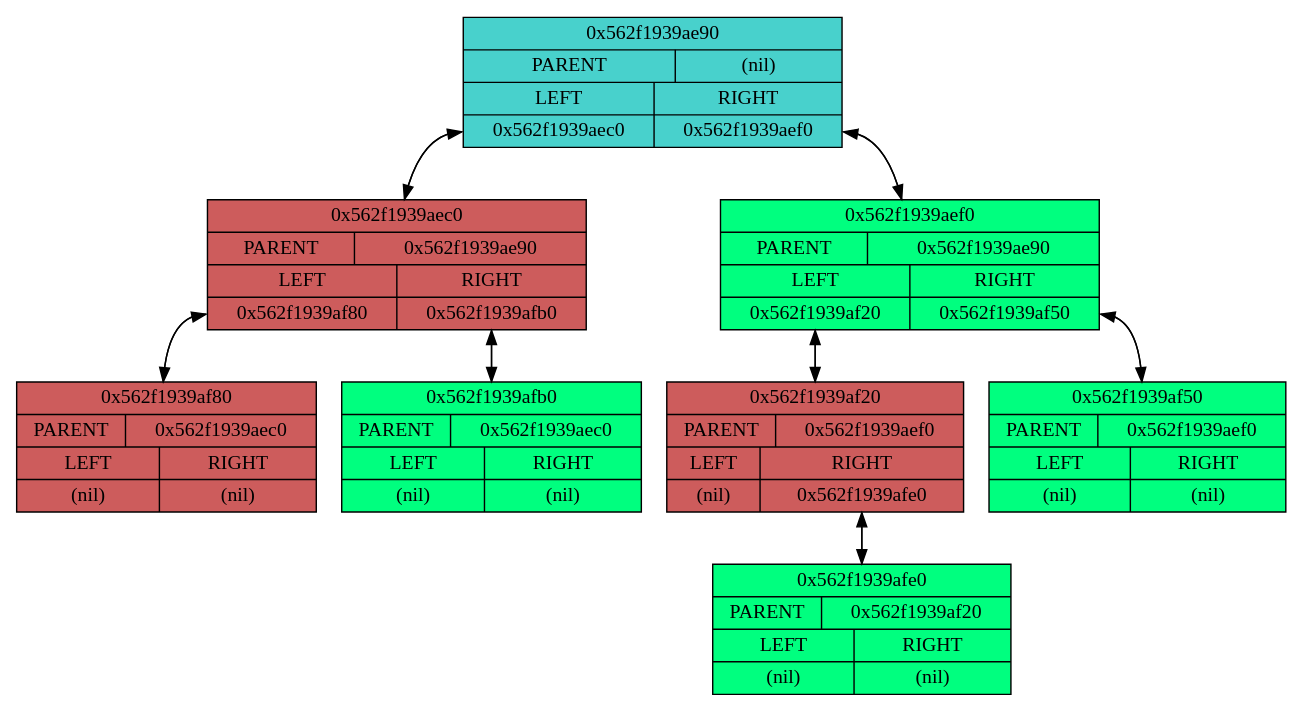
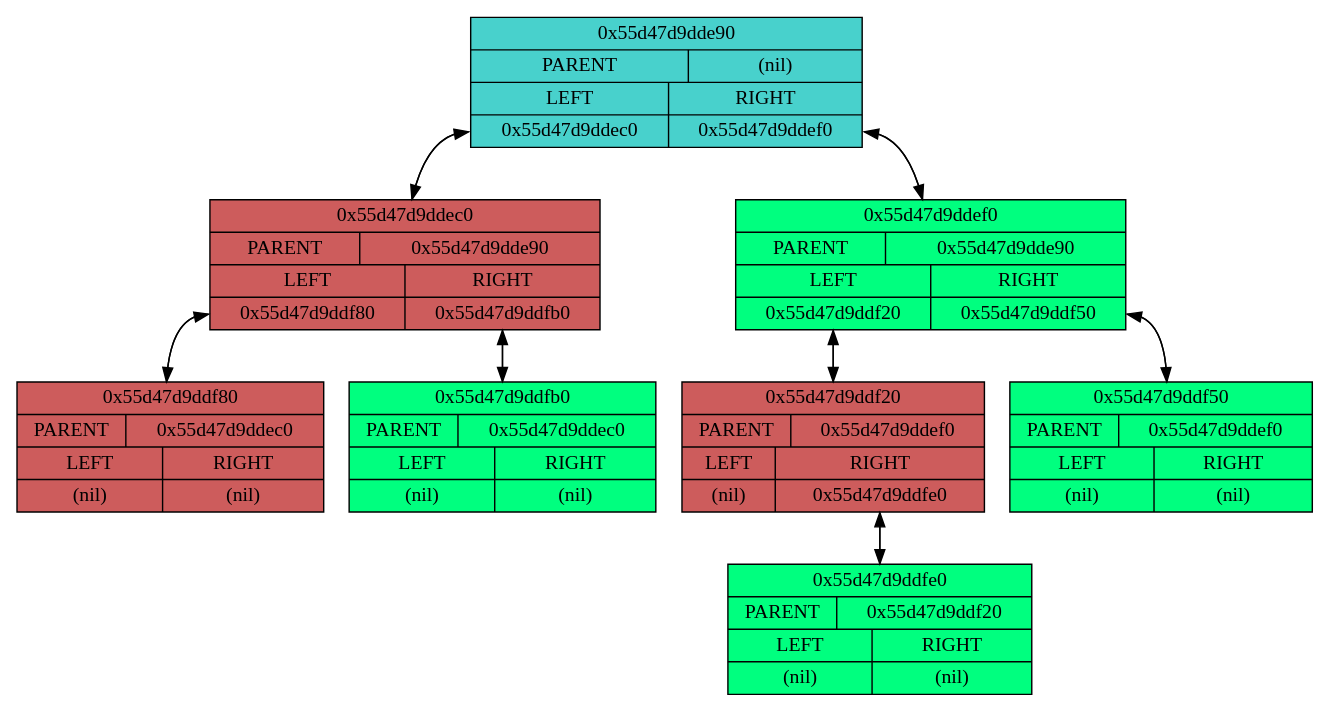
Before and after one commit to AlgebraicWolf/Tree: the diagram in cmake-build-debug/testDump.dot, drawn with Graphviz. The commit also changed 2 other files, not shown here.

```diff
--- a/cmake-build-debug/testDump.dot
+++ b/cmake-build-debug/testDump.dot
@@ -1,25 +1,25 @@
 digraph {
 concentrate=true
-node0x562f1939ae90[shape=record, label="{0x562f1939ae90 | {PARENT|(nil)} | {{LEFT |<left> 0x562f1939aec0} | {RIGHT |<right> 0x562f1939aef0}}}", style=filled, fillcolor=mediumturquoise];
-node0x562f1939aec0[shape=record, label="{0x562f1939aec0 | {PARENT|0x562f1939ae90} | {{LEFT |<left> 0x562f1939af80} | {RIGHT |<right> 0x562f1939afb0}}}", style=filled, fillcolor=indianred];
-node0x562f1939aec0 -> node0x562f1939ae90:left;
-node0x562f1939ae90:left -> node0x562f1939aec0;
-node0x562f1939af80[shape=record, label="{0x562f1939af80 | {PARENT|0x562f1939aec0} | {{LEFT |<left> (nil)} | {RIGHT |<right> (nil)}}}", style=filled, fillcolor=indianred];
-node0x562f1939af80 -> node0x562f1939aec0:left;
-node0x562f1939aec0:left -> node0x562f1939af80;
-node0x562f1939afb0[shape=record, label="{0x562f1939afb0 | {PARENT|0x562f1939aec0} | {{LEFT |<left> (nil)} | {RIGHT |<right> (nil)}}}", style=filled, fillcolor=springgreen];
-node0x562f1939afb0 -> node0x562f1939aec0:right;
-node0x562f1939aec0:right -> node0x562f1939afb0;
-node0x562f1939aef0[shape=record, label="{0x562f1939aef0 | {PARENT|0x562f1939ae90} | {{LEFT |<left> 0x562f1939af20} | {RIGHT |<right> 0x562f1939af50}}}", style=filled, fillcolor=springgreen];
-node0x562f1939aef0 -> node0x562f1939ae90:right;
-node0x562f1939ae90:right -> node0x562f1939aef0;
-node0x562f1939af20[shape=record, label="{0x562f1939af20 | {PARENT|0x562f1939aef0} | {{LEFT |<left> (nil)} | {RIGHT |<right> 0x562f1939afe0}}}", style=filled, fillcolor=indianred];
-node0x562f1939af20 -> node0x562f1939aef0:left;
-node0x562f1939aef0:left -> node0x562f1939af20;
-node0x562f1939afe0[shape=record, label="{0x562f1939afe0 | {PARENT|0x562f1939af20} | {{LEFT |<left> (nil)} | {RIGHT |<right> (nil)}}}", style=filled, fillcolor=springgreen];
-node0x562f1939afe0 -> node0x562f1939af20:right;
-node0x562f1939af20:right -> node0x562f1939afe0;
-node0x562f1939af50[shape=record, label="{0x562f1939af50 | {PARENT|0x562f1939aef0} | {{LEFT |<left> (nil)} | {RIGHT |<right> (nil)}}}", style=filled, fillcolor=springgreen];
-node0x562f1939af50 -> node0x562f1939aef0:right;
-node0x562f1939aef0:right -> node0x562f1939af50;
+node0x55d47d9dde90[shape=record, label="{0x55d47d9dde90 | {PARENT|(nil)} | {{LEFT |<left> 0x55d47d9ddec0} | {RIGHT |<right> 0x55d47d9ddef0}}}", style=filled, fillcolor=mediumturquoise];
+node0x55d47d9ddec0[shape=record, label="{0x55d47d9ddec0 | {PARENT|0x55d47d9dde90} | {{LEFT |<left> 0x55d47d9ddf80} | {RIGHT |<right> 0x55d47d9ddfb0}}}", style=filled, fillcolor=indianred];
+node0x55d47d9ddec0 -> node0x55d47d9dde90:left;
+node0x55d47d9dde90:left -> node0x55d47d9ddec0;
+node0x55d47d9ddf80[shape=record, label="{0x55d47d9ddf80 | {PARENT|0x55d47d9ddec0} | {{LEFT |<left> (nil)} | {RIGHT |<right> (nil)}}}", style=filled, fillcolor=indianred];
+node0x55d47d9ddf80 -> node0x55d47d9ddec0:left;
+node0x55d47d9ddec0:left -> node0x55d47d9ddf80;
+node0x55d47d9ddfb0[shape=record, label="{0x55d47d9ddfb0 | {PARENT|0x55d47d9ddec0} | {{LEFT |<left> (nil)} | {RIGHT |<right> (nil)}}}", style=filled, fillcolor=springgreen];
+node0x55d47d9ddfb0 -> node0x55d47d9ddec0:right;
+node0x55d47d9ddec0:right -> node0x55d47d9ddfb0;
+node0x55d47d9ddef0[shape=record, label="{0x55d47d9ddef0 | {PARENT|0x55d47d9dde90} | {{LEFT |<left> 0x55d47d9ddf20} | {RIGHT |<right> 0x55d47d9ddf50}}}", style=filled, fillcolor=springgreen];
+node0x55d47d9ddef0 -> node0x55d47d9dde90:right;
+node0x55d47d9dde90:right -> node0x55d47d9ddef0;
+node0x55d47d9ddf20[shape=record, label="{0x55d47d9ddf20 | {PARENT|0x55d47d9ddef0} | {{LEFT |<left> (nil)} | {RIGHT |<right> 0x55d47d9ddfe0}}}", style=filled, fillcolor=indianred];
+node0x55d47d9ddf20 -> node0x55d47d9ddef0:left;
+node0x55d47d9ddef0:left -> node0x55d47d9ddf20;
+node0x55d47d9ddfe0[shape=record, label="{0x55d47d9ddfe0 | {PARENT|0x55d47d9ddf20} | {{LEFT |<left> (nil)} | {RIGHT |<right> (nil)}}}", style=filled, fillcolor=springgreen];
+node0x55d47d9ddfe0 -> node0x55d47d9ddf20:right;
+node0x55d47d9ddf20:right -> node0x55d47d9ddfe0;
+node0x55d47d9ddf50[shape=record, label="{0x55d47d9ddf50 | {PARENT|0x55d47d9ddef0} | {{LEFT |<left> (nil)} | {RIGHT |<right> (nil)}}}", style=filled, fillcolor=springgreen];
+node0x55d47d9ddf50 -> node0x55d47d9ddef0:right;
+node0x55d47d9ddef0:right -> node0x55d47d9ddf50;
 }
```
